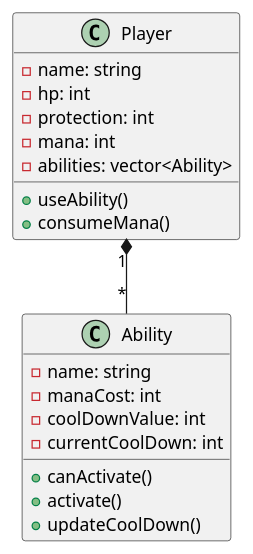
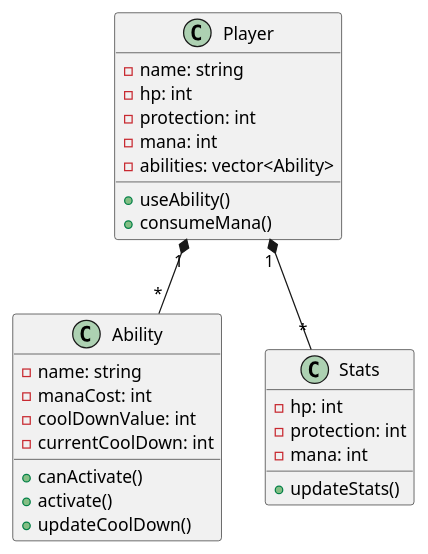
Before and after one commit to Gustavo-Valadares/OOS-Trabalho-Tecnico-Estagio: the diagram in skill-system/diagram.puml, drawn with PlantUML. The commit also changed 11 other files, not shown here.

```diff
--- a/skill-system/diagram.puml
+++ b/skill-system/diagram.puml
@@ -1,29 +1,38 @@
 @startuml
 
 class Player {
     - name: string
     - hp: int
     - protection: int
     - mana: int
     - abilities: vector<Ability>
 
     + useAbility()
     + consumeMana()
 }
 
 class Ability {
     - name: string
     - manaCost: int
     - coolDownValue: int
     - currentCoolDown: int
 
     ' canActivate verifica se a habilidade pode ser usada '
     + canActivate()
     + activate()
     ' update atualiza o cooldown para que possa ser usado de novo '
     + updateCoolDown()
 }
 
+class Stats {
+    - hp: int
+    - protection: int
+    - mana: int
+
+    + updateStats()
+}
+
 Player "1" *-- "*" Ability
+Player "1" *-- "*" Stats
 
 @enduml
```
